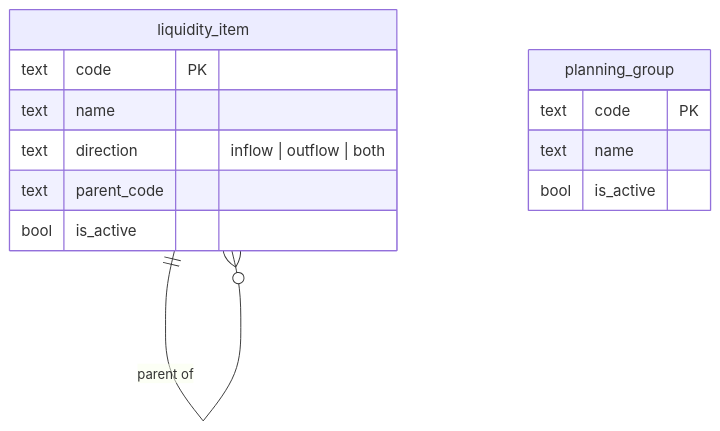
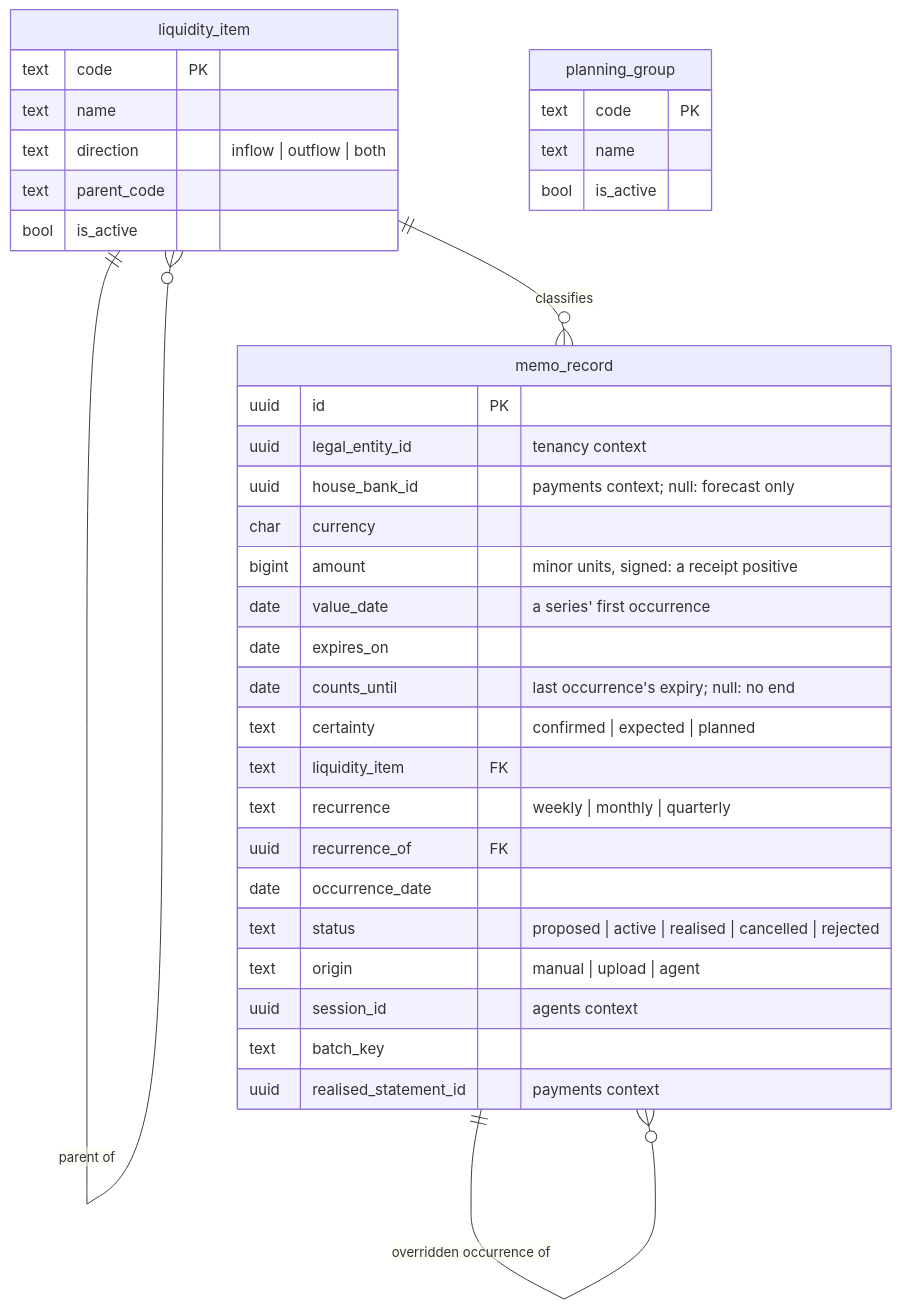
The tenth of 10 diagrams in docs/design/03-data-model.md (mustie7iy/agentic-erp), drawn with Mermaid before and after one commit. The commit also changed other lines of this file and 50 other files, not shown here.

````diff
--- a/docs/design/03-data-model.md
+++ b/docs/design/03-data-model.md
@@ -2181,12 +2181,32 @@
 ```mermaid
 erDiagram
   liquidity_item ||--o{ liquidity_item : "parent of"
   liquidity_item { text code PK
     text name
     text direction "inflow | outflow | both"
     text parent_code
     bool is_active }
   planning_group { text code PK
     text name
     bool is_active }
+  liquidity_item ||--o{ memo_record : "classifies"
+  memo_record ||--o{ memo_record : "overridden occurrence of"
+  memo_record { uuid id PK
+    uuid legal_entity_id "tenancy context"
+    uuid house_bank_id "payments context; null: forecast only"
+    char currency
+    bigint amount "minor units, signed: a receipt positive"
+    date value_date "a series' first occurrence"
+    date expires_on
+    date counts_until "last occurrence's expiry; null: no end"
+    text certainty "confirmed | expected | planned"
+    text liquidity_item FK
+    text recurrence "weekly | monthly | quarterly"
+    uuid recurrence_of FK
+    date occurrence_date
+    text status "proposed | active | realised | cancelled | rejected"
+    text origin "manual | upload | agent"
+    uuid session_id "agents context"
+    text batch_key
+    uuid realised_statement_id "payments context" }
 ```
````
